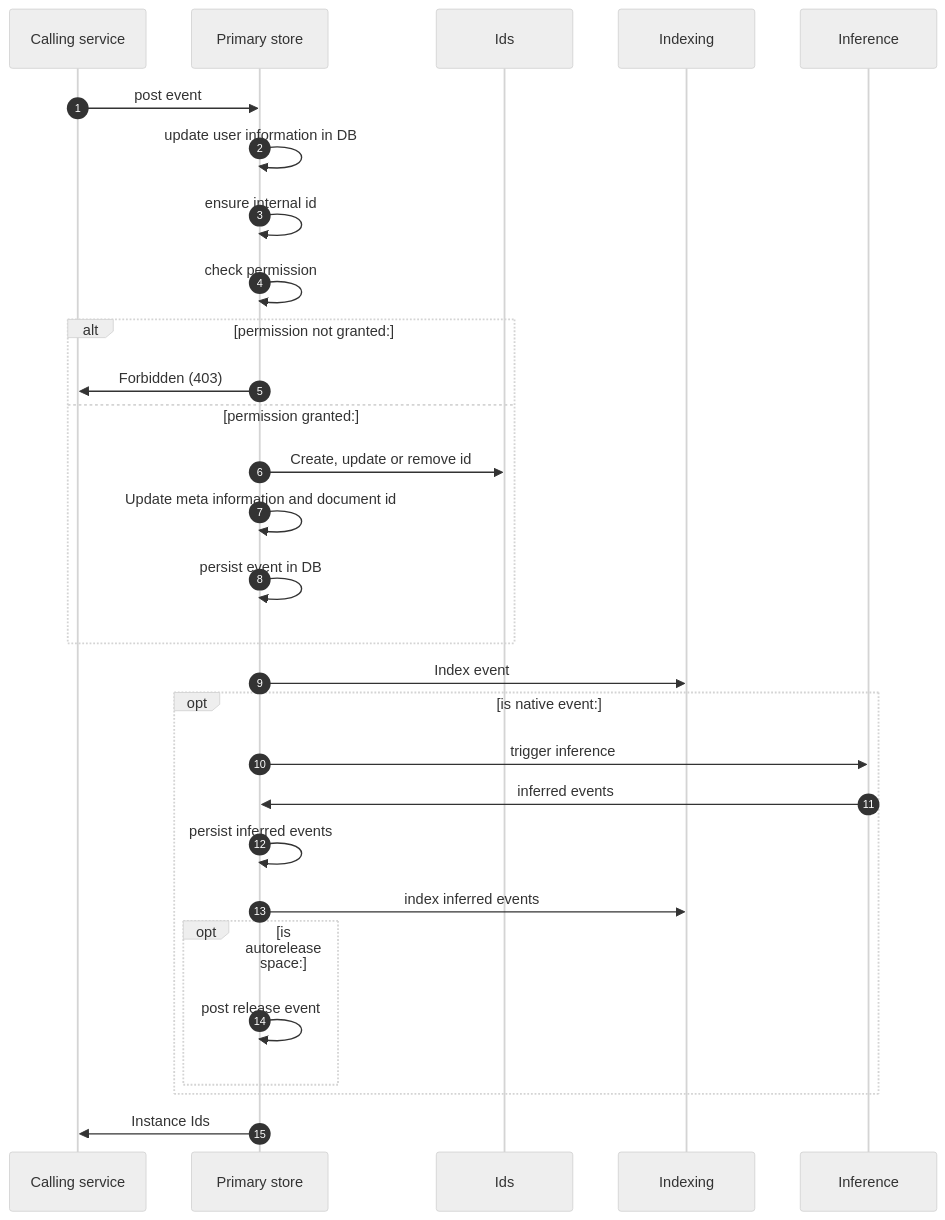
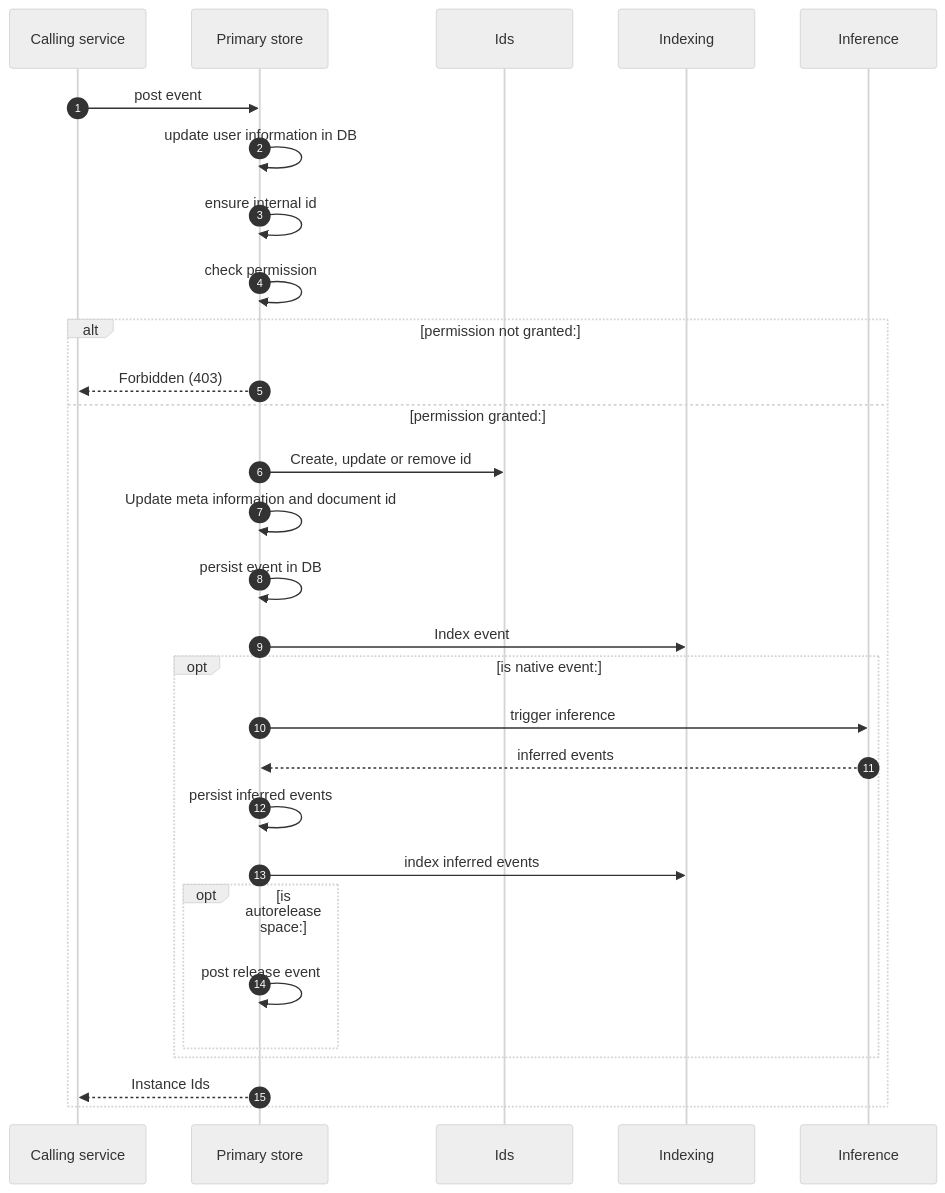
Before and after one commit to HumanBrainProject/kg-core: the diagram in services/kg-primarystore/src/main/java/eu/ebrains/kg/primaryStore/api/primaryStore.md, drawn with Mermaid (neutral theme). The commit also changed 4 other files, not shown here.

Commit message:
fix sequence diagrams

````diff
--- a/services/kg-primarystore/src/main/java/eu/ebrains/kg/primaryStore/api/primaryStore.md
+++ b/services/kg-primarystore/src/main/java/eu/ebrains/kg/primaryStore/api/primaryStore.md
@@ -5,26 +5,26 @@
 ```mermaid
 sequenceDiagram   
   autonumber
   Calling service ->> Primary store: post event  
   Primary store ->> Primary store: update user information in DB
   Primary store ->> Primary store: ensure internal id  
   Primary store ->> Primary store: check permission
   alt permission not granted:
-     Primary store ->> Calling service: Forbidden (403)
+     Primary store -->> Calling service: Forbidden (403)
   else permission granted:
      Primary store ->> Ids: Create, update or remove id
      Primary store ->> Primary store: Update meta information and document id
      Primary store ->> Primary store: persist event in DB
+     Primary store ->> Indexing: Index event
+      opt is native event:
+         Primary store ->> Inference: trigger inference
+         Inference -->> Primary store: inferred events
+         Primary store ->> Primary store: persist inferred events
+         Primary store ->> Indexing: index inferred events
+         opt is autorelease space:
+            Primary store ->> Primary store: post release event
+         end
+      end
+      Primary store -->> Calling service: Instance Ids  
   end
-  Primary store ->> Indexing: Index event
-  opt is native event:
-     Primary store ->> Inference: trigger inference
-     Inference ->> Primary store: inferred events
-     Primary store ->> Primary store: persist inferred events
-     Primary store ->> Indexing: index inferred events
-     opt is autorelease space:
-        Primary store ->> Primary store: post release event
-     end
-  end
-  Primary store ->> Calling service: Instance Ids  
 ```
````
